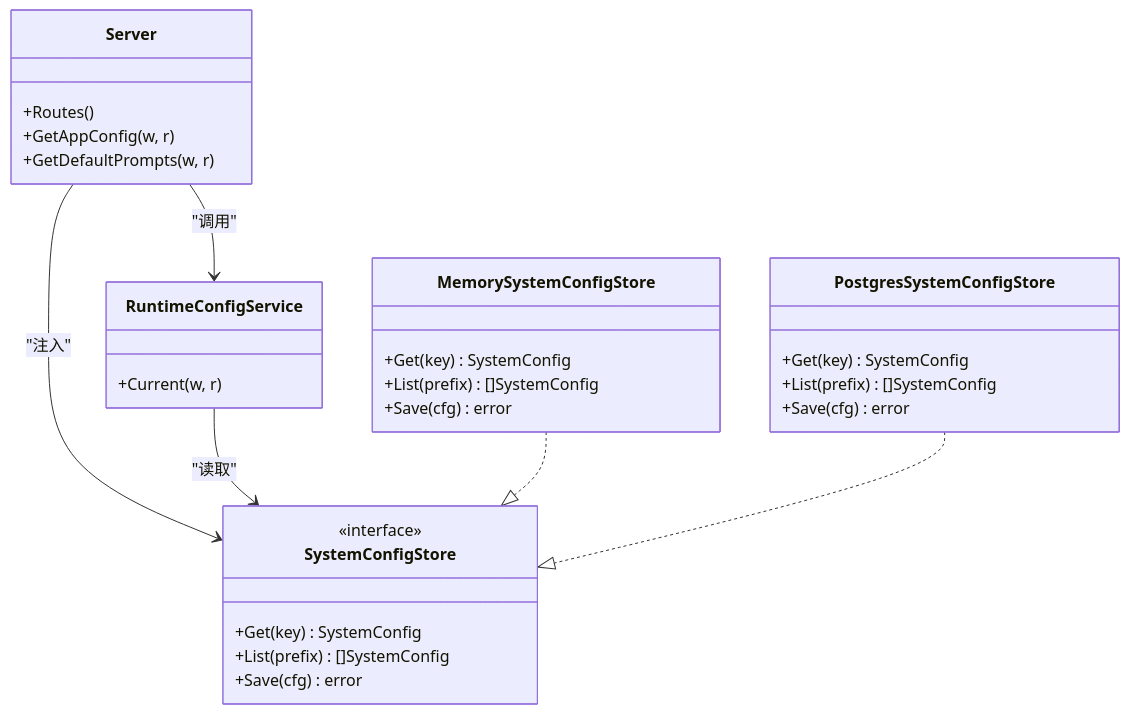
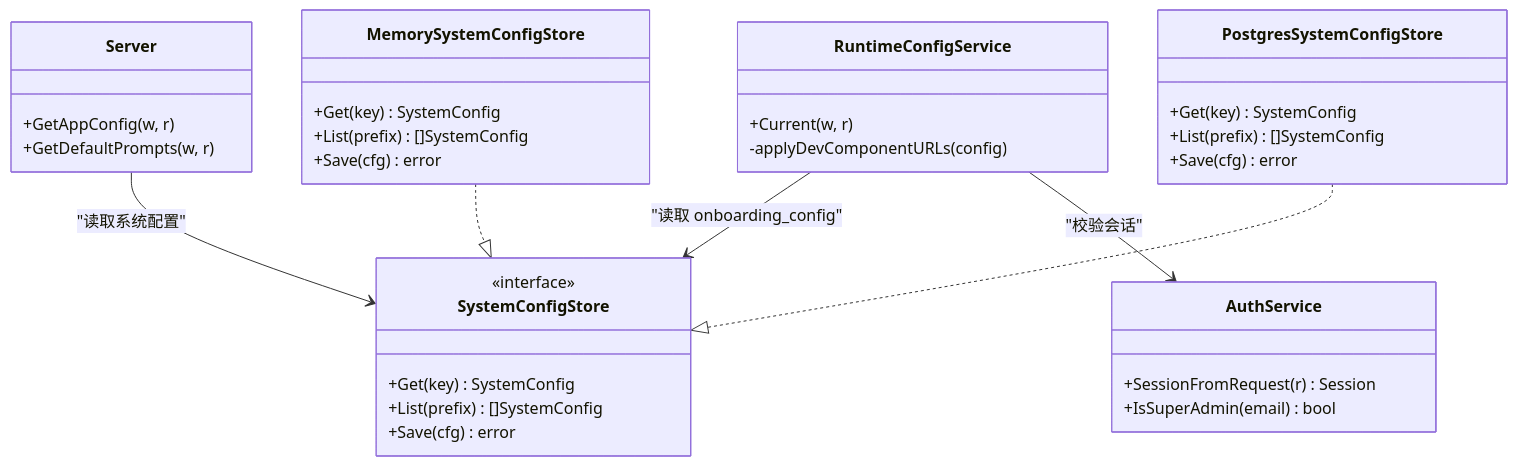
The sixth of 6 diagrams in .qoder/repowiki/zh/content/API接口文档/云端REST API/系统配置API.md (alvinwangzi/goodhr), drawn with Mermaid before and after one commit. The commit also changed other lines of this file and 149 other files, not shown here.

````diff
--- a/.qoder/repowiki/zh/content/API接口文档/云端REST API/系统配置API.md
+++ b/.qoder/repowiki/zh/content/API接口文档/云端REST API/系统配置API.md
@@ -191,32 +231,36 @@
 ```mermaid
 classDiagram
 class Server {
-+Routes()
 +GetAppConfig(w, r)
 +GetDefaultPrompts(w, r)
 }
 class RuntimeConfigService {
 +Current(w, r)
+-applyDevComponentURLs(config)
 }
 class SystemConfigStore {
 <<interface>>
 +Get(key) SystemConfig
 +List(prefix) []SystemConfig
 +Save(cfg) error
 }
 class MemorySystemConfigStore {
 +Get(key) SystemConfig
 +List(prefix) []SystemConfig
 +Save(cfg) error
 }
 class PostgresSystemConfigStore {
 +Get(key) SystemConfig
 +List(prefix) []SystemConfig
 +Save(cfg) error
 }
-Server --> RuntimeConfigService : "调用"
-Server --> SystemConfigStore : "注入"
-RuntimeConfigService --> SystemConfigStore : "读取"
+class AuthService {
++SessionFromRequest(r) Session
++IsSuperAdmin(email) bool
+}
+Server --> SystemConfigStore : "读取系统配置"
+RuntimeConfigService --> SystemConfigStore : "读取 onboarding_config"
+RuntimeConfigService --> AuthService : "校验会话"
 MemorySystemConfigStore ..|> SystemConfigStore
 PostgresSystemConfigStore ..|> SystemConfigStore
 ```
````
